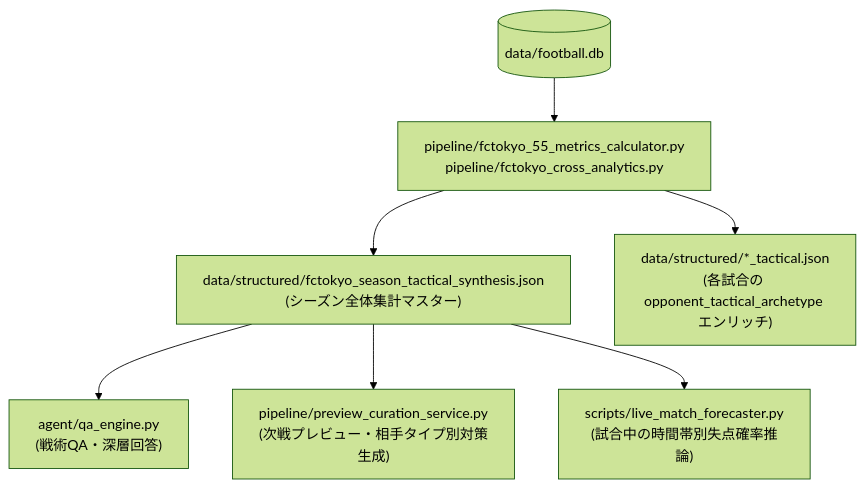
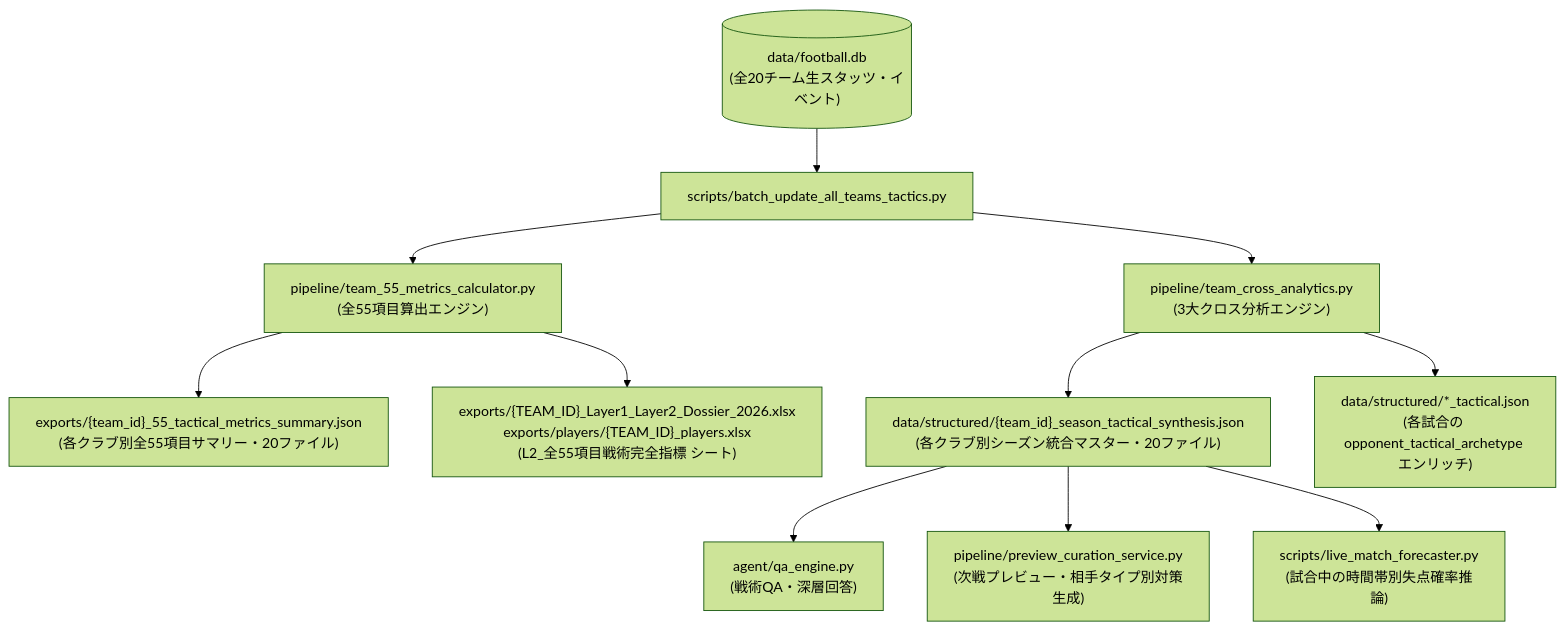
The diagram in docs/TACTICAL_ANALYTICS_SPECIFICATION.md (anurata/football_rag), drawn with Mermaid (forest theme) before and after one commit. The commit also changed other lines of this file and 203 other files, not shown here.

Commit message:
feat: add structured tactical data and vector database files

````diff
--- a/docs/TACTICAL_ANALYTICS_SPECIFICATION.md
+++ b/docs/TACTICAL_ANALYTICS_SPECIFICATION.md
@@ -92,10 +92,15 @@
 ```mermaid
 flowchart TD
-    RawDB[("data/football.db")] --> Calc["pipeline/fctokyo_55_metrics_calculator.py<br>pipeline/fctokyo_cross_analytics.py"]
-    Calc --> MasterJSON["data/structured/fctokyo_season_tactical_synthesis.json<br>(シーズン全体集計マスター)"]
-    Calc --> MatchJSON["data/structured/*_tactical.json<br>(各試合の opponent_tactical_archetype エンリッチ)"]
+    RawDB[("data/football.db<br>(全20チーム生スタッツ・イベント)")] --> Batch["scripts/batch_update_all_teams_tactics.py"]
+    Batch --> Calc["pipeline/team_55_metrics_calculator.py<br>(全55項目算出エンジン)"]
+    Batch --> Cross["pipeline/team_cross_analytics.py<br>(3大クロス分析エンジン)"]
+    
+    Cross --> MasterJSON["data/structured/{team_id}_season_tactical_synthesis.json<br>(各クラブ別シーズン統合マスター・20ファイル)"]
+    Calc --> SummaryJSON["exports/{team_id}_55_tactical_metrics_summary.json<br>(各クラブ別全55項目サマリー・20ファイル)"]
+    Calc --> ExcelDossier["exports/{TEAM_ID}_Layer1_Layer2_Dossier_2026.xlsx<br>exports/players/{TEAM_ID}_players.xlsx<br>(L2_全55項目戦術完全指標 シート)"]
+    Cross --> MatchJSON["data/structured/*_tactical.json<br>(各試合の opponent_tactical_archetype エンリッチ)"]
 
     MasterJSON --> RAG["agent/qa_engine.py<br>(戦術QA・深層回答)"]
     MasterJSON --> Preview["pipeline/preview_curation_service.py<br>(次戦プレビュー・相手タイプ別対策生成)"]
     MasterJSON --> Live["scripts/live_match_forecaster.py<br>(試合中の時間帯別失点確率推論)"]
 ```
````
